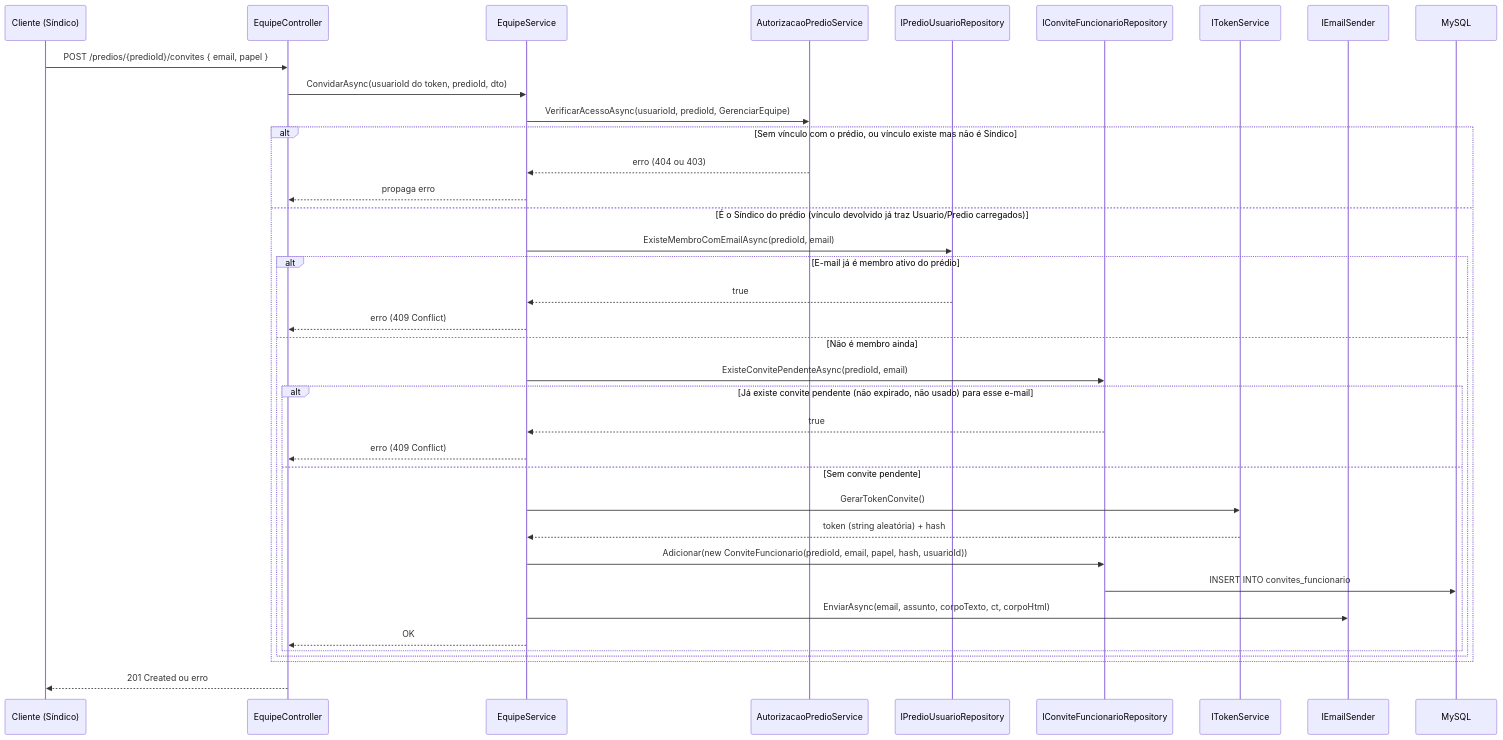
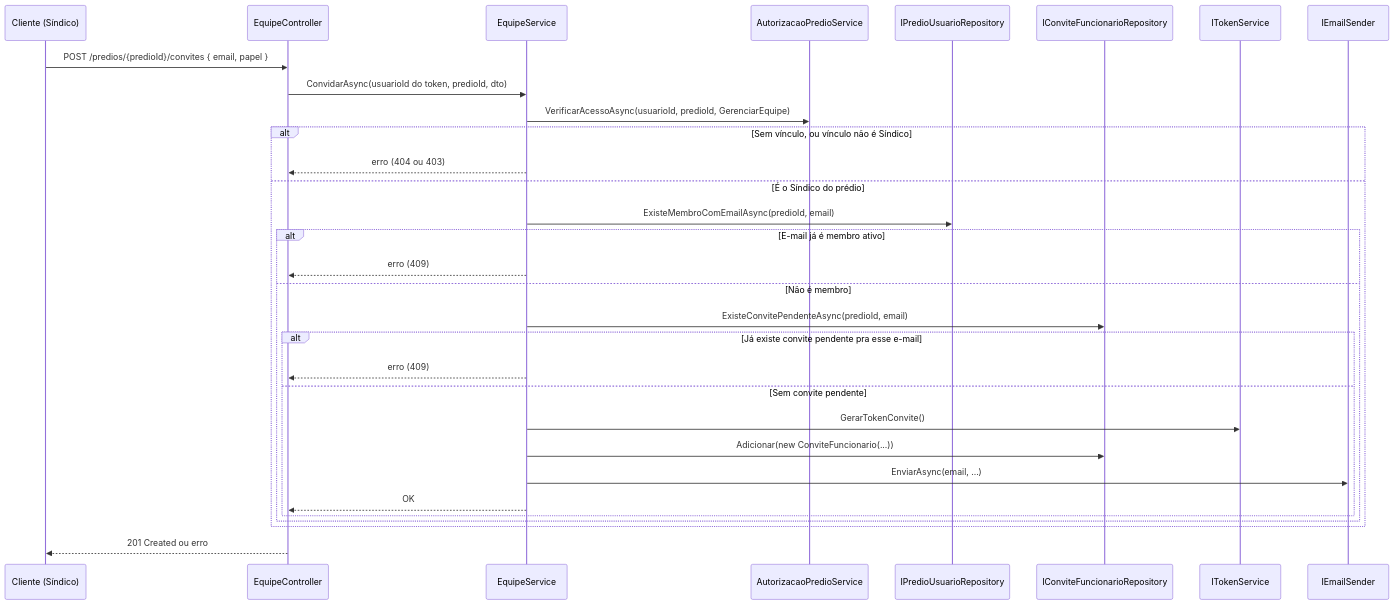
The first of 2 diagrams in backend/documentation/EQUIPE.md (pdrollucas/euSindico), drawn with Mermaid before and after one commit. The commit also changed other lines of this file and 11 other files, not shown here.

````diff
--- a/backend/documentation/EQUIPE.md
+++ b/backend/documentation/EQUIPE.md
@@ -125,40 +121,34 @@
 ```mermaid
 sequenceDiagram
     participant C as Cliente (Síndico)
     participant A as EquipeController
     participant S as EquipeService
     participant AZ as AutorizacaoPredioService
     participant PU as IPredioUsuarioRepository
     participant CR as IConviteFuncionarioRepository
     participant T as ITokenService
     participant E as IEmailSender
-    participant DB as MySQL
 
     C->>A: POST /predios/{predioId}/convites { email, papel }
     A->>S: ConvidarAsync(usuarioId do token, predioId, dto)
     S->>AZ: VerificarAcessoAsync(usuarioId, predioId, GerenciarEquipe)
-    alt Sem vínculo com o prédio, ou vínculo existe mas não é Síndico
-        AZ-->>S: erro (404 ou 403)
-        S-->>A: propaga erro
-    else É o Síndico do prédio (vínculo devolvido já traz Usuario/Predio carregados)
+    alt Sem vínculo, ou vínculo não é Síndico
+        S-->>A: erro (404 ou 403)
+    else É o Síndico do prédio
         S->>PU: ExisteMembroComEmailAsync(predioId, email)
-        alt E-mail já é membro ativo do prédio
-            PU-->>S: true
-            S-->>A: erro (409 Conflict)
-        else Não é membro ainda
+        alt E-mail já é membro ativo
+            S-->>A: erro (409)
+        else Não é membro
             S->>CR: ExisteConvitePendenteAsync(predioId, email)
-            alt Já existe convite pendente (não expirado, não usado) para esse e-mail
-                CR-->>S: true
-                S-->>A: erro (409 Conflict)
+            alt Já existe convite pendente pra esse e-mail
+                S-->>A: erro (409)
             else Sem convite pendente
                 S->>T: GerarTokenConvite()
-                T-->>S: token (string aleatória) + hash
-                S->>CR: Adicionar(new ConviteFuncionario(predioId, email, papel, hash, usuarioId))
-                CR->>DB: INSERT INTO convites_funcionario
-                S->>E: EnviarAsync(email, assunto, corpoTexto, ct, corpoHtml)
+                S->>CR: Adicionar(new ConviteFuncionario(...))
+                S->>E: EnviarAsync(email, ...)
                 S-->>A: OK
             end
         end
     end
     A-->>C: 201 Created ou erro
 ```
````
